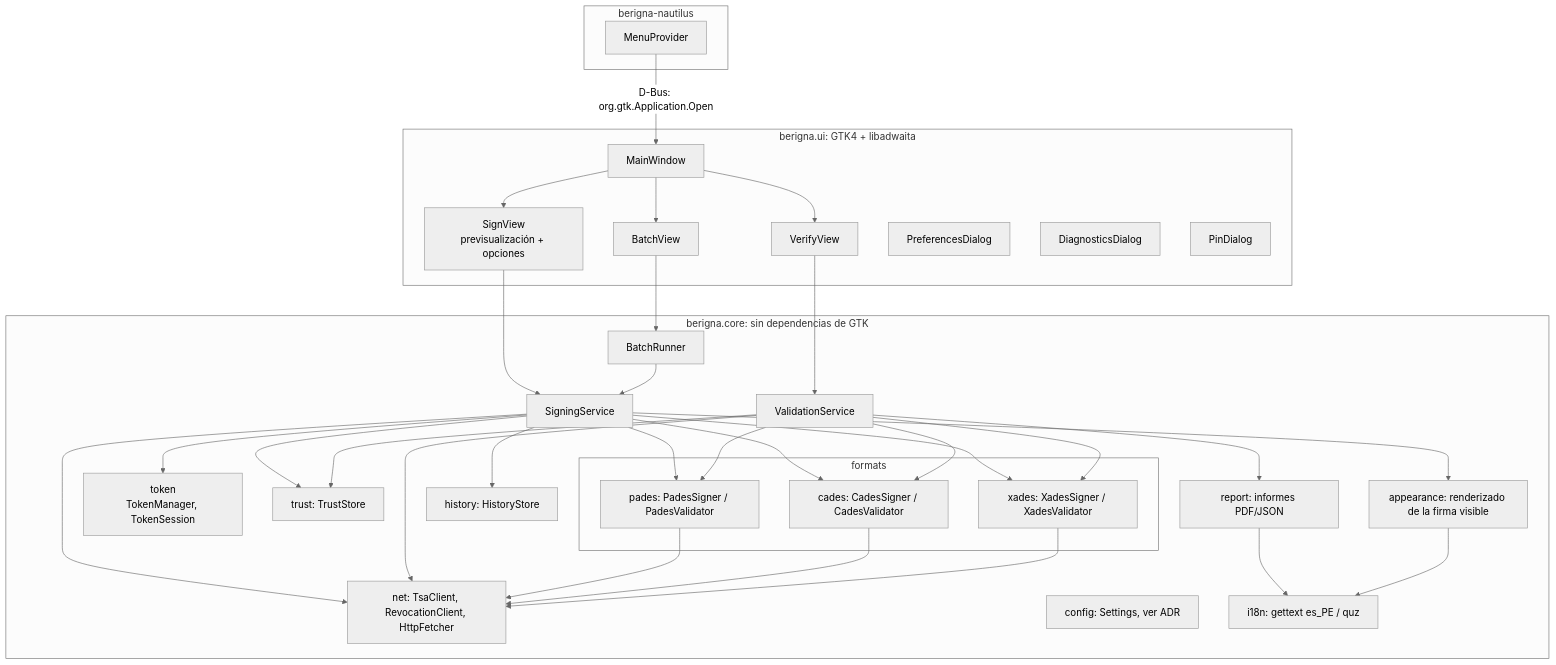
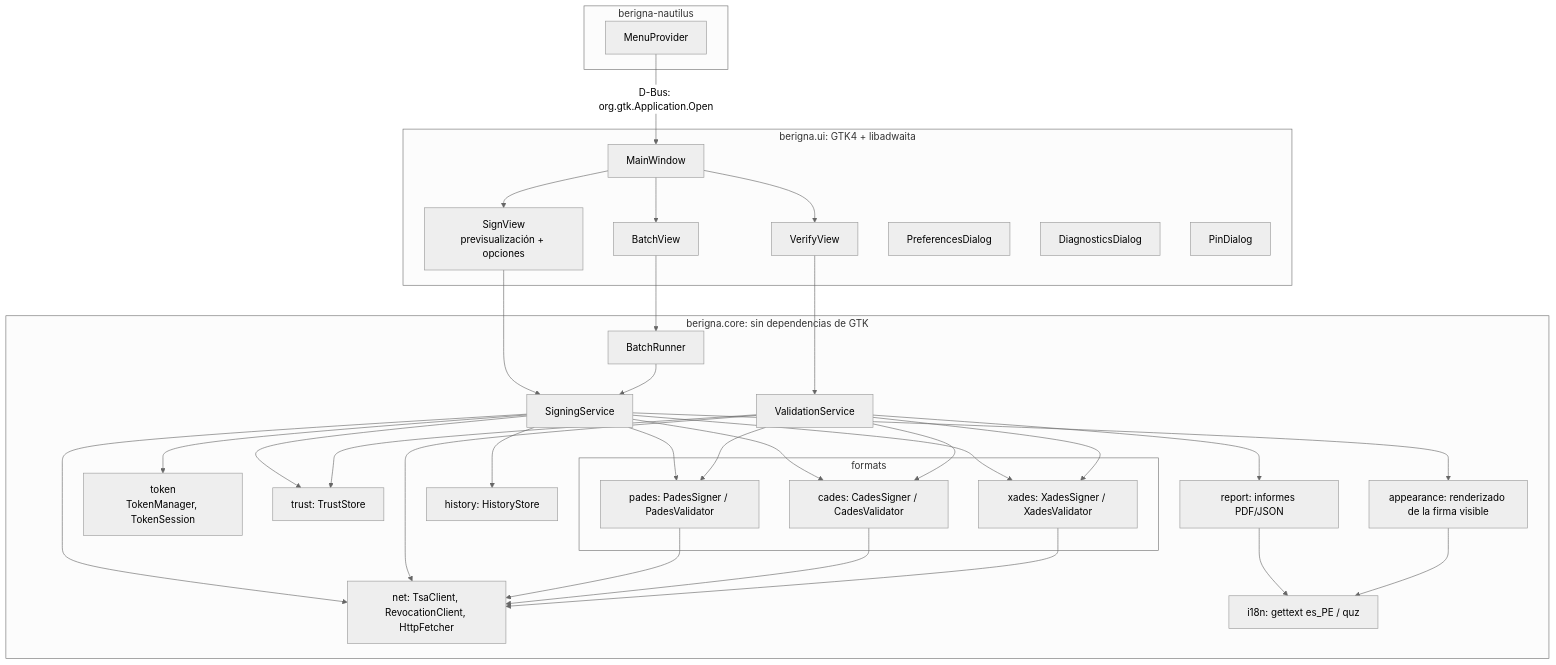
The second of 2 diagrams in docs/04-arquitectura/arquitectura-general.md (noggalito/berigna), drawn with Mermaid (neutral theme) before and after one commit. The commit also changed other lines of this file and 25 other files, not shown here.

````diff
--- a/docs/04-arquitectura/arquitectura-general.md
+++ b/docs/04-arquitectura/arquitectura-general.md
@@ -48,45 +48,44 @@
 ```mermaid
 flowchart TB
   subgraph ui[berigna.ui: GTK4 + libadwaita]
     win[MainWindow]
     sign_view[SignView<br/>previsualización + opciones]
     verify_view[VerifyView]
     batch_view[BatchView]
     prefs[PreferencesDialog]
     diag[DiagnosticsDialog]
     pin[PinDialog]
   end
 
   subgraph core[berigna.core: sin dependencias de GTK]
     svc_sign[SigningService]
     svc_verify[ValidationService]
     svc_batch[BatchRunner]
     token[token<br/>TokenManager, TokenSession]
     subgraph fmt[formats]
       pades[pades: PadesSigner / PadesValidator]
       cades[cades: CadesSigner / CadesValidator]
       xades[xades: XadesSigner / XadesValidator]
     end
     trust[trust: TrustStore]
     net[net: TsaClient, RevocationClient, HttpFetcher]
     appearance[appearance: renderizado de la firma visible]
-    settings[config: Settings, ver ADR]
     history[history: HistoryStore]
     report[report: informes PDF/JSON]
     i18n[i18n: gettext es_PE / quz]
   end
 
   subgraph ext[berigna-nautilus]
     menu[MenuProvider]
   end
 
   menu -- "D-Bus: org.gtk.Application.Open" --> win
   win --> sign_view & verify_view & batch_view
   sign_view --> svc_sign
   verify_view --> svc_verify
   batch_view --> svc_batch --> svc_sign
   svc_sign --> token & pades & cades & xades & trust & net & appearance & history
   svc_verify --> pades & cades & xades & trust & net & report
   pades & cades & xades --> net
   report & appearance --> i18n
 ```
````
